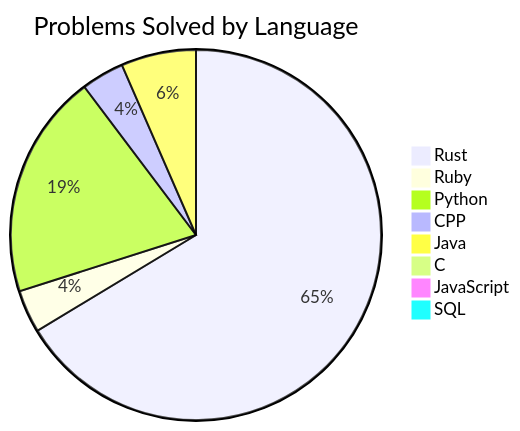
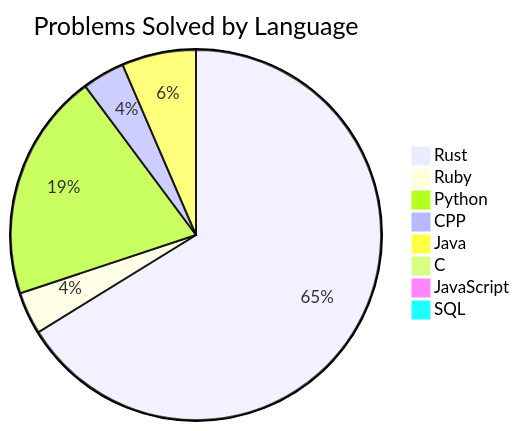
One commit to Liam-Wirth/leetcode-solutions changed the second of 2 diagrams in README.md. Above: the diagram before and after it, drawn with Mermaid. The commit also changed other lines of this file and 7 other files, not shown here.

````diff
--- a/README.md
+++ b/README.md
@@ -46,11 +46,11 @@
 ```mermaid
 pie title Problems Solved by Language
-    "Rust": 142
+    "Rust": 143
     "Ruby": 8
-    "Python": 42
+    "Python": 43
     "CPP": 8
     "Java": 14
     "C": 1
     "JavaScript": 2
     "SQL": 2
 ```
````
